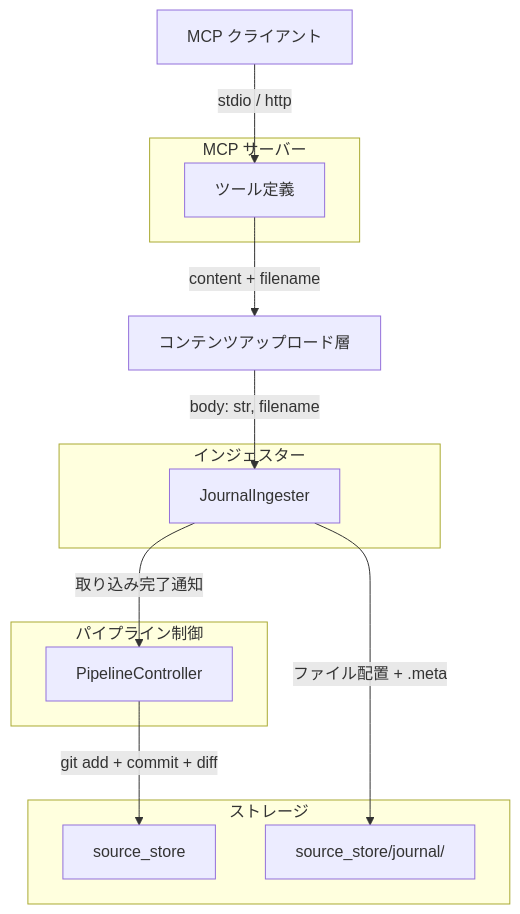
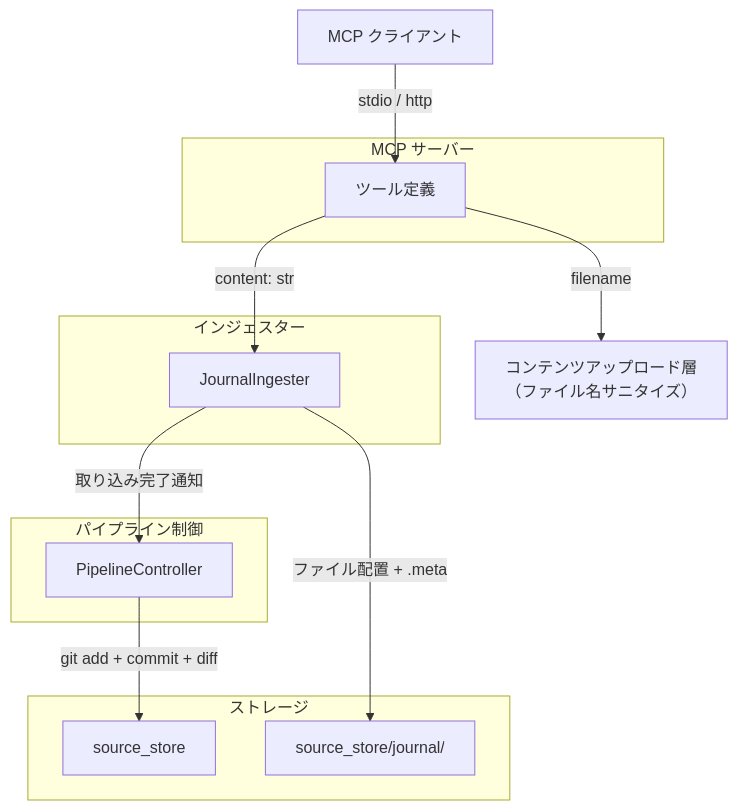
One commit to becky3/rag-knowledge changed the first of 2 diagrams in docs/specs/ingesters/journal.md. Above: the diagram before and after it, drawn with Mermaid. The commit also changed 2 other files, not shown here.

Commit message:
fix: Copilot レビュー指摘対応 (PR #390)
- local.md: filename の `..` エッジケースに拒否条件を明記
- content-upload.md: SAN→JI の不要な filename 矢印を拡張子検証に修正
- journal.md: mermaid 図から filename の JI 渡しを削除（MCP ツール内で消費）

````diff
--- a/docs/specs/ingesters/journal.md
+++ b/docs/specs/ingesters/journal.md
@@ -174,28 +174,28 @@
 ```mermaid
 flowchart TB
     CLIENT["MCP クライアント"]
 
     subgraph MCP["MCP サーバー"]
         TOOLS["ツール定義"]
     end
 
     subgraph Pipeline["パイプライン制御"]
         PC["PipelineController"]
     end
 
     subgraph Ingesters["インジェスター"]
         JING["JournalIngester"]
     end
 
     subgraph Storage["ストレージ"]
         SS["source_store"]
         JOURNAL["source_store/journal/"]
     end
 
     CLIENT -->|stdio / http| TOOLS
-    TOOLS -->|content + filename| UL["コンテンツアップロード層"]
-    UL -->|body: str, filename| JING
+    TOOLS -->|filename| UL["コンテンツアップロード層<br>（ファイル名サニタイズ）"]
+    TOOLS -->|content: str| JING
     JING -->|ファイル配置 + .meta| JOURNAL
     JING -->|取り込み完了通知| PC
     PC -->|git add + commit + diff| SS
 ```
````
